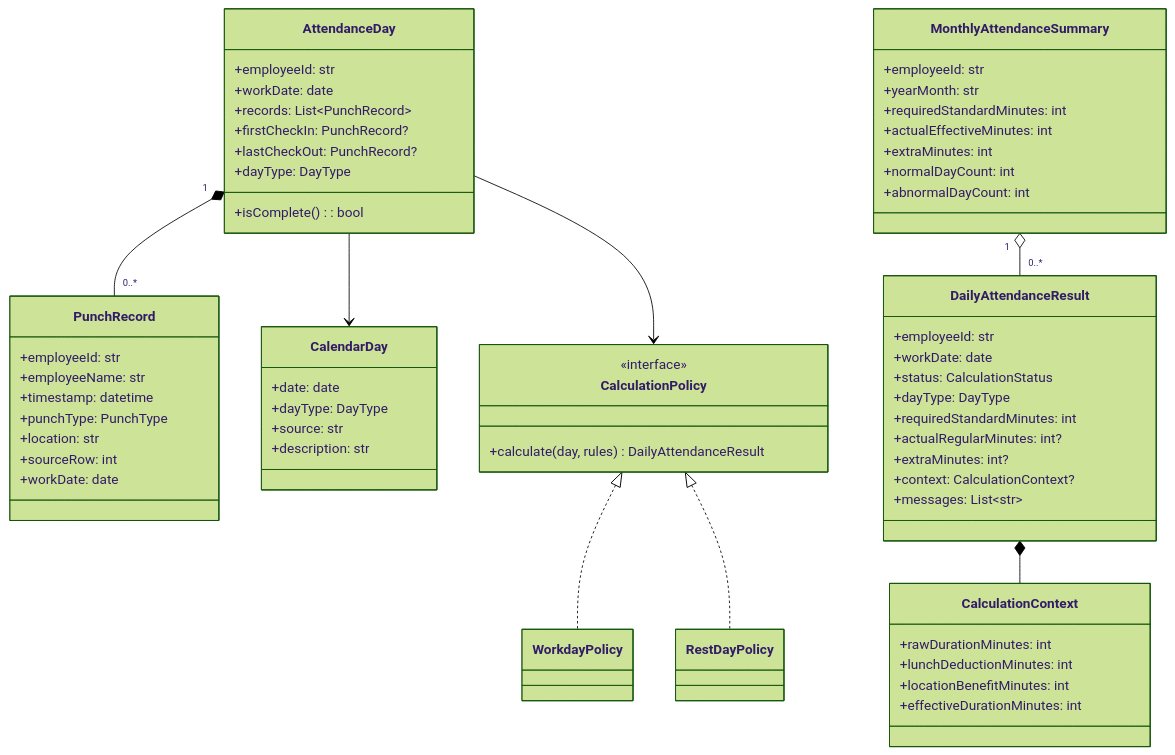
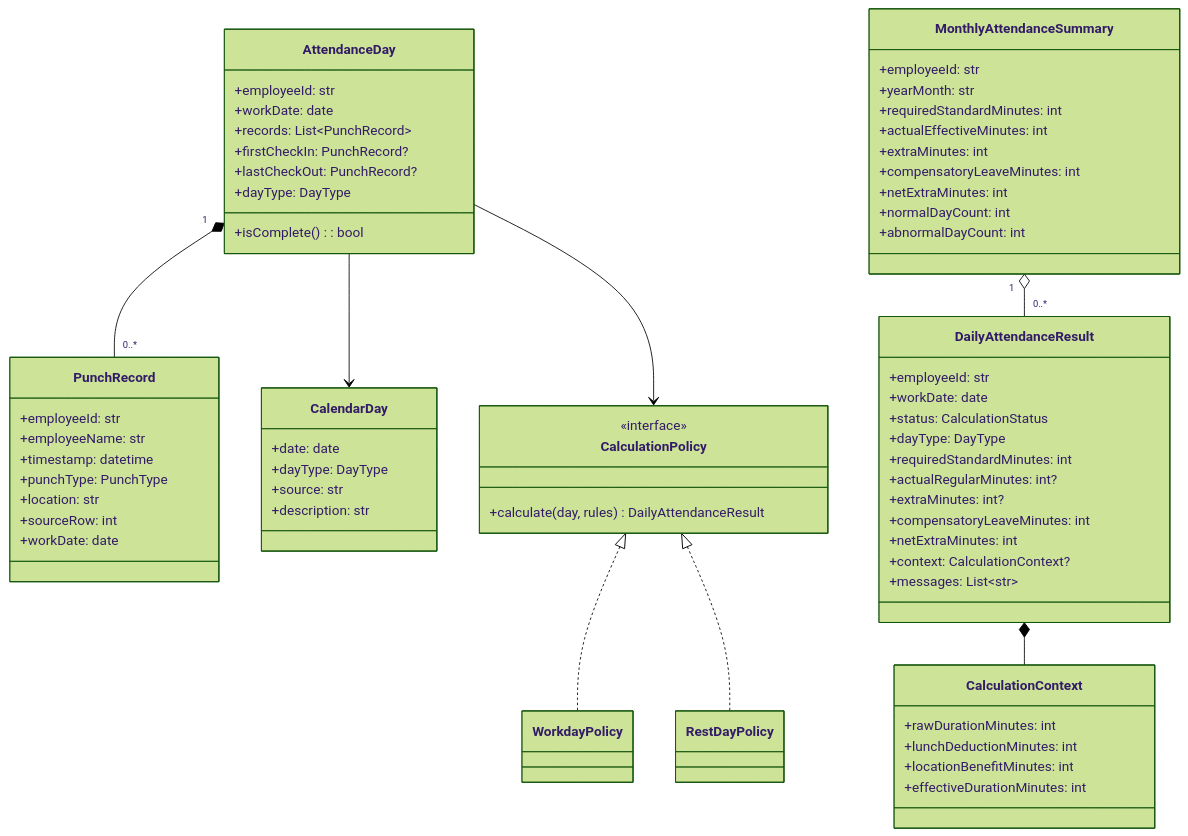
One commit to michaelchui007/Attendance_tool changed the second of 4 diagrams in docs/考勤统计工具-软件设计说明.md. Above: the diagram before and after it, drawn with Mermaid (forest theme). The commit also changed other lines of this file and 26 other files, not shown here.

````diff
--- a/docs/考勤统计工具-软件设计说明.md
+++ b/docs/考勤统计工具-软件设计说明.md
@@ -144,74 +144,78 @@
 ```mermaid
 classDiagram
     class PunchRecord {
         +employeeId: str
         +employeeName: str
         +timestamp: datetime
         +punchType: PunchType
         +location: str
         +sourceRow: int
         +workDate: date
     }
 
     class AttendanceDay {
         +employeeId: str
         +workDate: date
         +records: List~PunchRecord~
         +firstCheckIn: PunchRecord?
         +lastCheckOut: PunchRecord?
         +dayType: DayType
         +isComplete(): bool
     }
 
     class CalendarDay {
         +date: date
         +dayType: DayType
         +source: str
         +description: str
     }
 
     class CalculationContext {
         +rawDurationMinutes: int
         +lunchDeductionMinutes: int
         +locationBenefitMinutes: int
         +effectiveDurationMinutes: int
     }
 
     class DailyAttendanceResult {
         +employeeId: str
         +workDate: date
         +status: CalculationStatus
         +dayType: DayType
         +requiredStandardMinutes: int
         +actualRegularMinutes: int?
         +extraMinutes: int?
+        +compensatoryLeaveMinutes: int
+        +netExtraMinutes: int
         +context: CalculationContext?
         +messages: List~str~
     }
 
     class MonthlyAttendanceSummary {
         +employeeId: str
         +yearMonth: str
         +requiredStandardMinutes: int
         +actualEffectiveMinutes: int
         +extraMinutes: int
+        +compensatoryLeaveMinutes: int
+        +netExtraMinutes: int
         +normalDayCount: int
         +abnormalDayCount: int
     }
 
     class CalculationPolicy {
         <<interface>>
         +calculate(day, rules) DailyAttendanceResult
     }
 
     class WorkdayPolicy
     class RestDayPolicy
 
     AttendanceDay "1" *-- "0..*" PunchRecord
     AttendanceDay --> CalendarDay
     AttendanceDay --> CalculationPolicy
     CalculationPolicy <|.. WorkdayPolicy
     CalculationPolicy <|.. RestDayPolicy
     DailyAttendanceResult *-- CalculationContext
     MonthlyAttendanceSummary "1" o-- "0..*" DailyAttendanceResult
 ```
````
